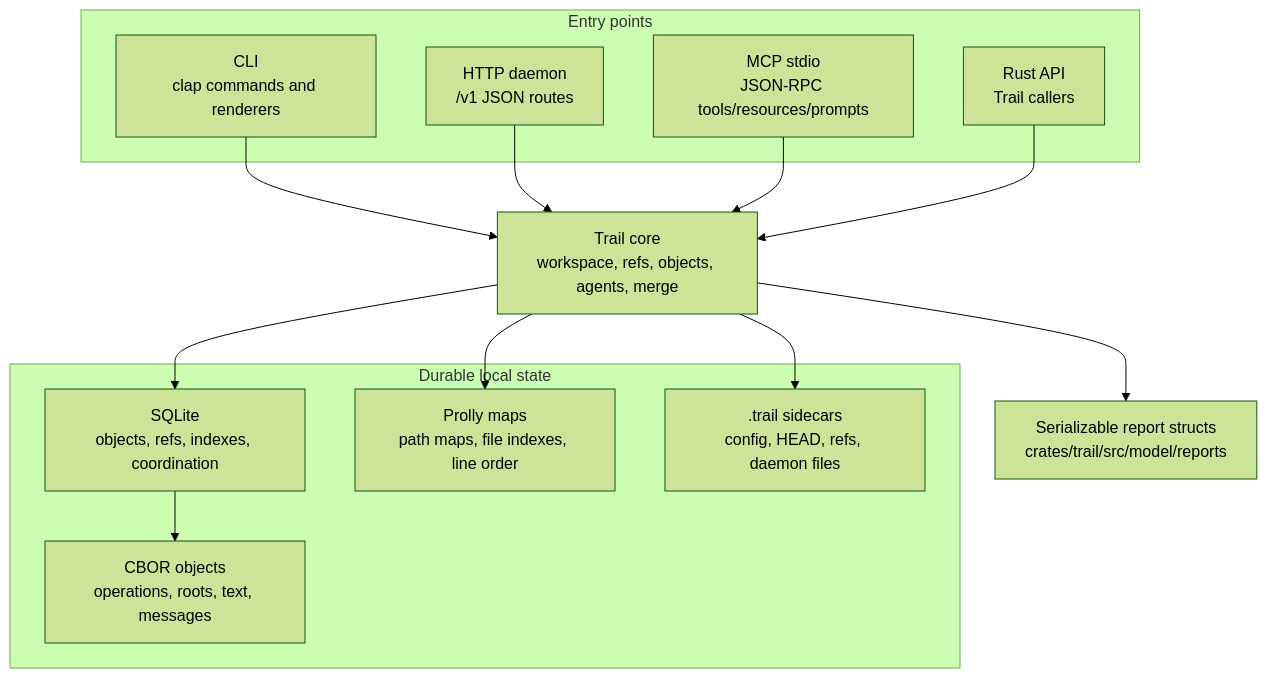
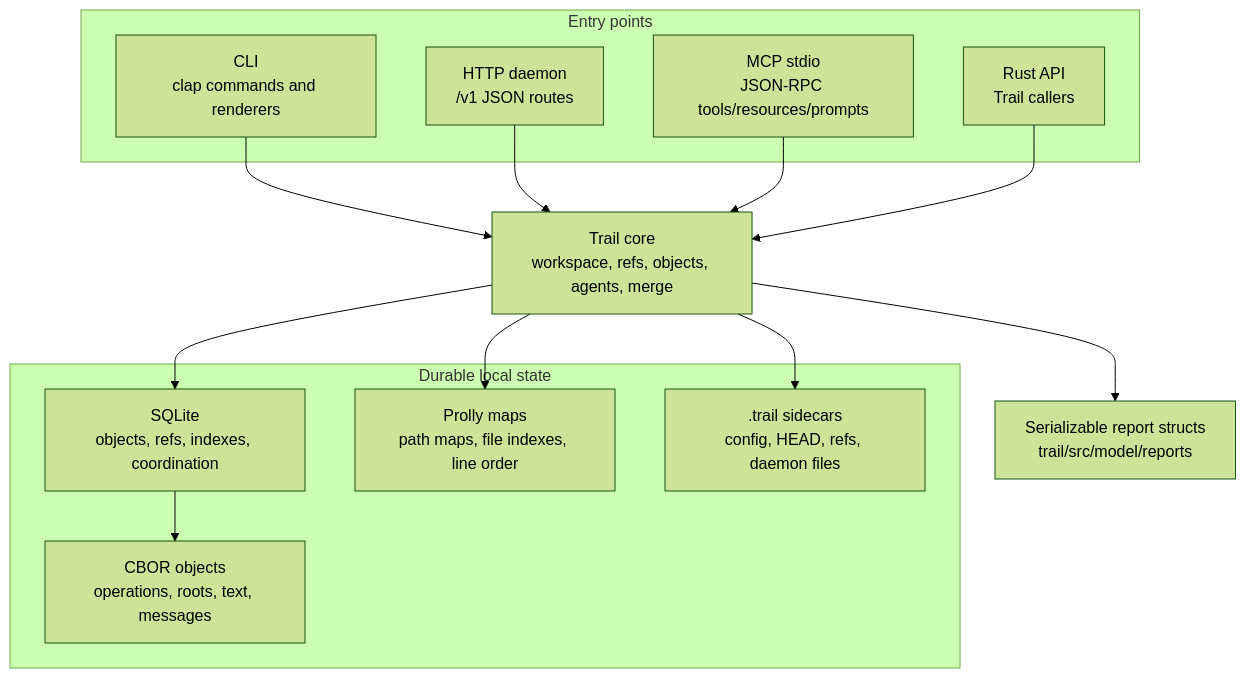
Before and after one commit to crabbuild/trail: the first of 3 diagrams in docs/design/architecture.md, drawn with Mermaid (forest theme). The commit also changed other lines of this file and 73 other files, not shown here.

````diff
--- a/docs/design/architecture.md
+++ b/docs/design/architecture.md
@@ -29,29 +29,29 @@
 ```mermaid
 flowchart TB
     subgraph Entry["Entry points"]
         CLI["CLI<br/>clap commands and renderers"]
         HTTP["HTTP daemon<br/>/v1 JSON routes"]
         MCP["MCP stdio<br/>JSON-RPC tools/resources/prompts"]
         Rust["Rust API<br/>Trail callers"]
     end
 
     Core["Trail core<br/>workspace, refs, objects, agents, merge"]
-    Reports["Serializable report structs<br/>crates/trail/src/model/reports"]
+    Reports["Serializable report structs<br/>trail/src/model/reports"]
 
     subgraph State["Durable local state"]
         SQLite["SQLite<br/>objects, refs, indexes, coordination"]
         Objects["CBOR objects<br/>operations, roots, text, messages"]
         Prolly["Prolly maps<br/>path maps, file indexes, line order"]
         Sidecars[".trail sidecars<br/>config, HEAD, refs, daemon files"]
     end
 
     CLI --> Core
     HTTP --> Core
     MCP --> Core
     Rust --> Core
     Core --> Reports
     Core --> SQLite
     SQLite --> Objects
     Core --> Prolly
     Core --> Sidecars
 ```
````
